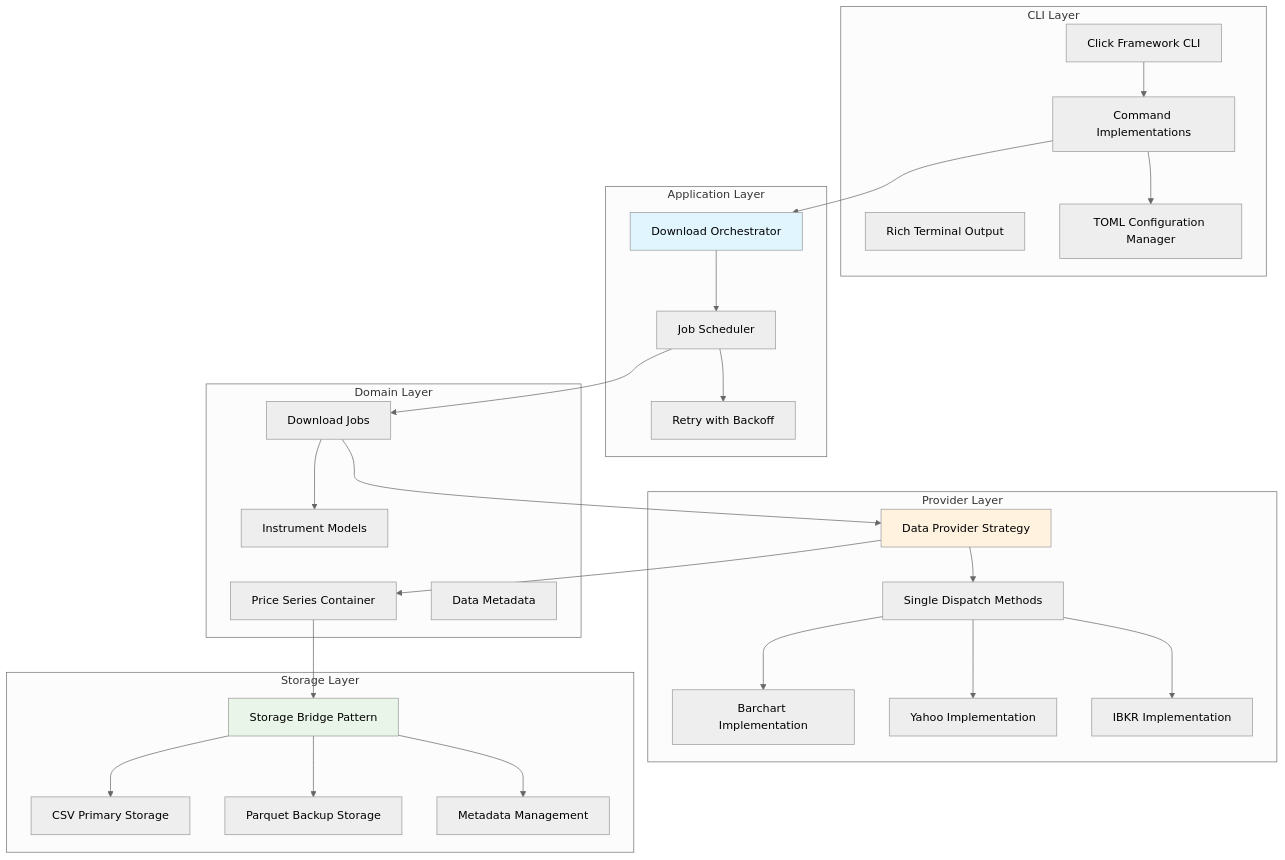
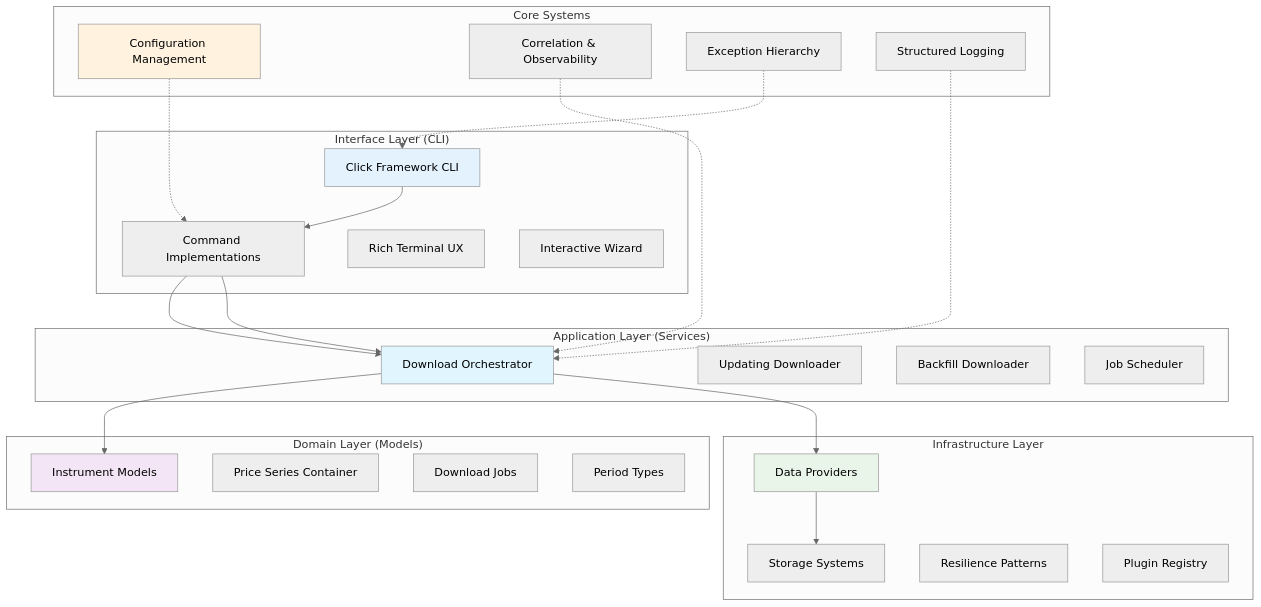
The first of 2 diagrams in docs/design/hld/02-component-architecture.md (makutaku/vortex), drawn with Mermaid (neutral theme) before and after one commit. The commit also changed other lines of this file and 6 other files, not shown here.

````diff
--- a/docs/design/hld/02-component-architecture.md
+++ b/docs/design/hld/02-component-architecture.md
@@ -12,59 +12,55 @@
 ```mermaid
 graph TB
-    subgraph "CLI Layer"
-        Click[Click Framework CLI]
-        Rich[Rich Terminal Output]
+    subgraph "Interface Layer (CLI)"
+        CLI[Click Framework CLI]
         Commands[Command Implementations]
-        ConfigMgr[TOML Configuration Manager]
+        UX[Rich Terminal UX]
+        Wizard[Interactive Wizard]
     end
     
-    subgraph "Application Layer"
+    subgraph "Application Layer (Services)"
         Orchestrator[Download Orchestrator]
+        UpdatingDownloader[Updating Downloader]
+        BackfillDownloader[Backfill Downloader]
         JobScheduler[Job Scheduler]
-        RetryLogic[Retry with Backoff]
     end
     
-    subgraph "Domain Layer"
+    subgraph "Domain Layer (Models)"
         Instruments[Instrument Models]
         PriceSeries[Price Series Container]
         DownloadJobs[Download Jobs]
-        Metadata[Data Metadata]
+        Period[Period Types]
     end
     
-    subgraph "Provider Layer"
-        ProviderStrategy[Data Provider Strategy]
-        SingleDispatch[Single Dispatch Methods]
-        BarchartImpl[Barchart Implementation]
-        YahooImpl[Yahoo Implementation]
-        IBKRImpl[IBKR Implementation]
+    subgraph "Core Systems"
+        Config[Configuration Management]
+        Correlation[Correlation & Observability]
+        Exceptions[Exception Hierarchy]
+        Logging[Structured Logging]
     end
     
-    subgraph "Storage Layer"
-        StorageBridge[Storage Bridge Pattern]
-        CSVStorage[CSV Primary Storage]
-        ParquetStorage[Parquet Backup Storage]
-        MetadataStore[Metadata Management]
+    subgraph "Infrastructure Layer"
+        Providers[Data Providers]
+        Storage[Storage Systems]
+        Resilience[Resilience Patterns]
+        Plugins[Plugin Registry]
     end
     
-    Click --> Commands
-    Commands --> ConfigMgr
+    CLI --> Commands
     Commands --> Orchestrator
-    Orchestrator --> JobScheduler
-    JobScheduler --> RetryLogic
-    JobScheduler --> DownloadJobs
-    DownloadJobs --> Instruments
-    DownloadJobs --> ProviderStrategy
-    ProviderStrategy --> SingleDispatch
-    SingleDispatch --> BarchartImpl
-    SingleDispatch --> YahooImpl
-    SingleDispatch --> IBKRImpl
-    ProviderStrategy --> PriceSeries
-    PriceSeries --> StorageBridge
-    StorageBridge --> CSVStorage
-    StorageBridge --> ParquetStorage
-    StorageBridge --> MetadataStore
+    Orchestrator --> Instruments
+    Orchestrator --> Providers
+    Providers --> Storage
     
+    Config -.-> Commands
+    Correlation -.-> Orchestrator
+    Exceptions -.-> CLI
+    Logging -.-> Orchestrator
+    Commands --> Orchestrator
+    
+    style CLI fill:#e3f2fd
     style Orchestrator fill:#e1f5fe
-    style ProviderStrategy fill:#fff3e0
-    style StorageBridge fill:#e8f5e8
+    style Instruments fill:#f3e5f5
+    style Config fill:#fff3e0
+    style Providers fill:#e8f5e8
 ```
````
